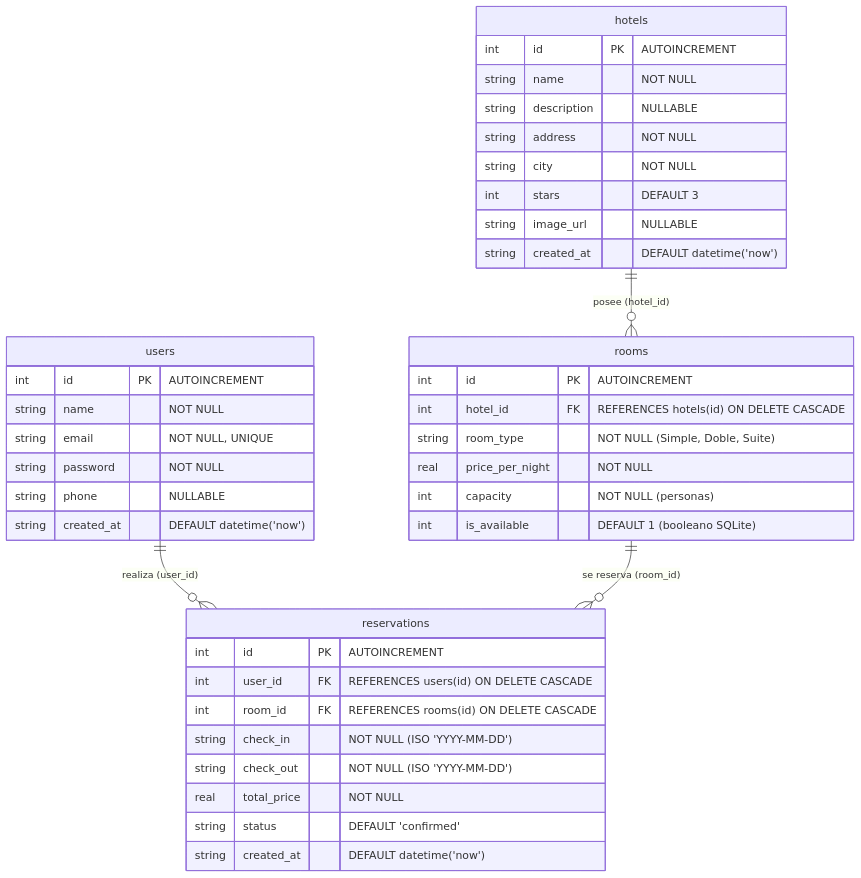
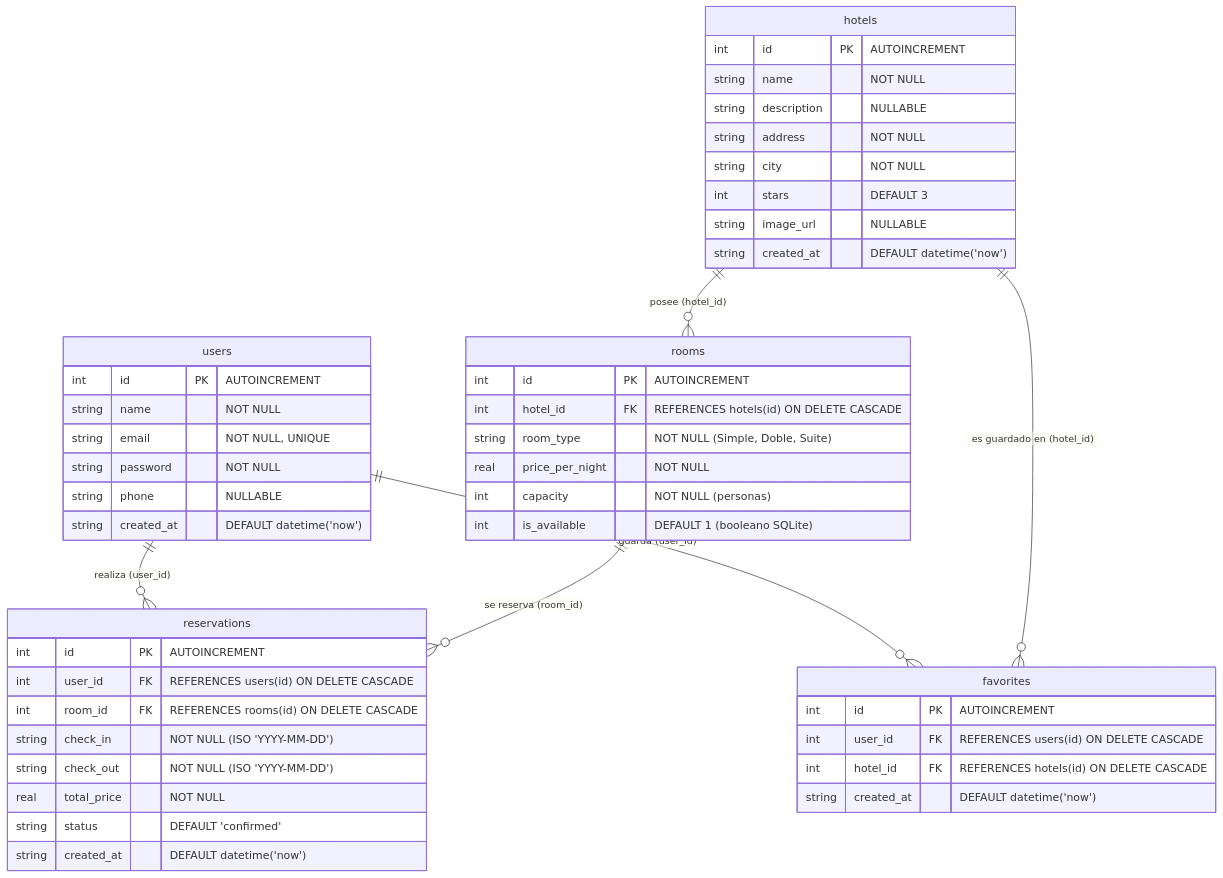
Before and after one commit to GMYA07/AplicacionReservacionesFlutter: the diagram in GEMINI.md, drawn with Mermaid. The commit also changed other lines of this file and 7 other files, not shown here.

````diff
--- a/GEMINI.md
+++ b/GEMINI.md
@@ -94,46 +94,55 @@
 ```mermaid
 erDiagram
     users ||--o{ reservations : "realiza (user_id)"
     hotels ||--o{ rooms : "posee (hotel_id)"
     rooms ||--o{ reservations : "se reserva (room_id)"
+    users ||--o{ favorites : "guarda (user_id)"
+    hotels ||--o{ favorites : "es guardado en (hotel_id)"
 
     users {
         int id PK "AUTOINCREMENT"
         string name "NOT NULL"
         string email "NOT NULL, UNIQUE"
         string password "NOT NULL"
         string phone "NULLABLE"
         string created_at "DEFAULT datetime('now')"
     }
 
     hotels {
         int id PK "AUTOINCREMENT"
         string name "NOT NULL"
         string description "NULLABLE"
         string address "NOT NULL"
         string city "NOT NULL"
         int stars "DEFAULT 3"
         string image_url "NULLABLE"
         string created_at "DEFAULT datetime('now')"
     }
 
     rooms {
         int id PK "AUTOINCREMENT"
         int hotel_id FK "REFERENCES hotels(id) ON DELETE CASCADE"
         string room_type "NOT NULL (Simple, Doble, Suite)"
         real price_per_night "NOT NULL"
         int capacity "NOT NULL (personas)"
         int is_available "DEFAULT 1 (booleano SQLite)"
     }
 
     reservations {
         int id PK "AUTOINCREMENT"
         int user_id FK "REFERENCES users(id) ON DELETE CASCADE"
         int room_id FK "REFERENCES rooms(id) ON DELETE CASCADE"
         string check_in "NOT NULL (ISO 'YYYY-MM-DD')"
         string check_out "NOT NULL (ISO 'YYYY-MM-DD')"
         real total_price "NOT NULL"
         string status "DEFAULT 'confirmed'"
         string created_at "DEFAULT datetime('now')"
     }
+
+    favorites {
+        int id PK "AUTOINCREMENT"
+        int user_id FK "REFERENCES users(id) ON DELETE CASCADE"
+        int hotel_id FK "REFERENCES hotels(id) ON DELETE CASCADE"
+        string created_at "DEFAULT datetime('now')"
+    }
 ```
````
